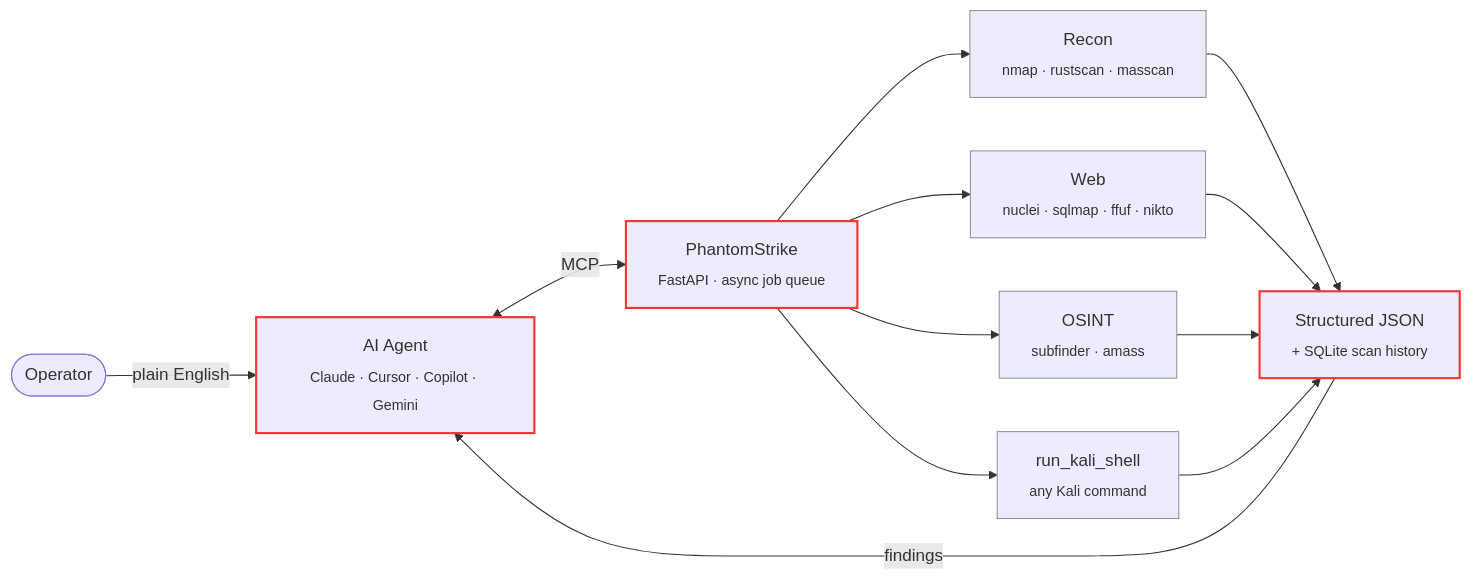
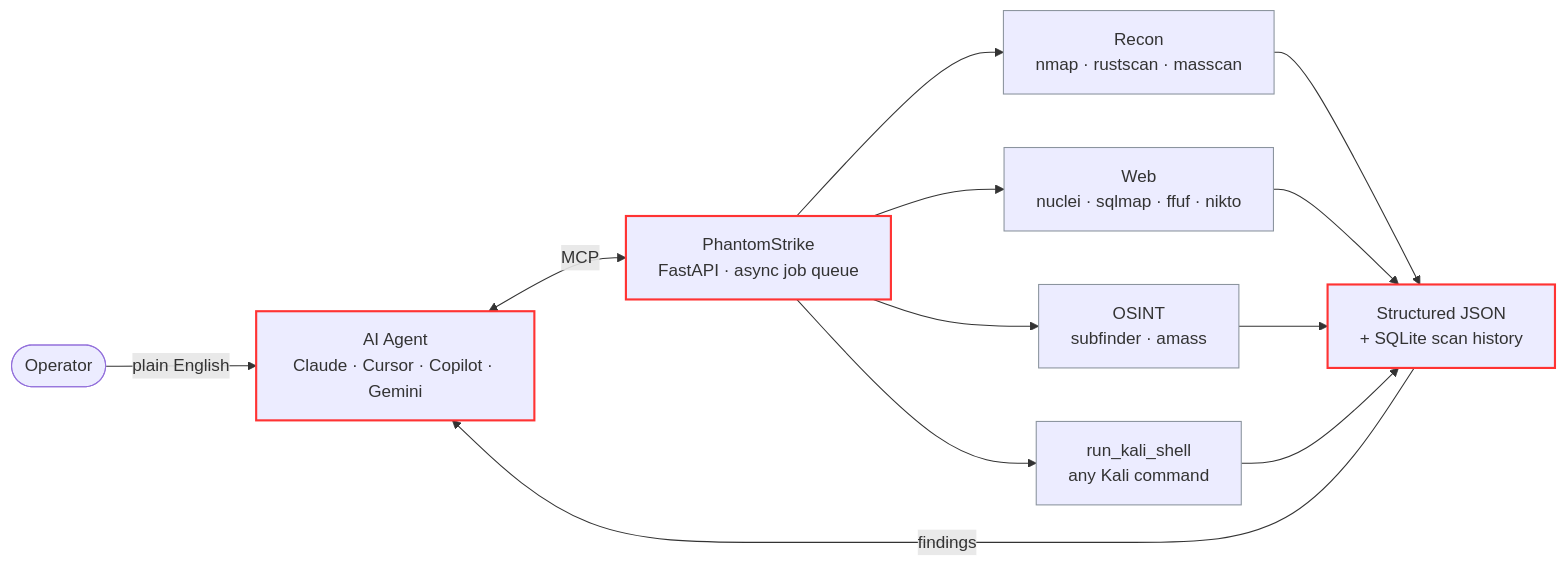
One commit to Red-Snow/Red-Snow changed the diagram in README.md. Above: the diagram before and after it, drawn with Mermaid. The commit also changed 2 other files, not shown here.

Commit message:
Tune hero contrast and harden the Mermaid diagram
Rendered both hero variants in headless Chromium and adjusted from the
result: the crimson glow was washing out the left half of the dark banner
and the radar sweep read as a solid wedge.

- Glow opacity 0.30 -> 0.17, radius tightened; sweep 0.50 -> 0.30
- Lift radar ring opacities slightly to rebalance against the darker field
- Drop <sub> tags from Mermaid node labels (not reliably supported in
  GitHub's Mermaid renderer) — plain <br/> line breaks instead

Claude-Session: https://claude.ai/code/session_01XqYi76rHob2BYgfqSN4Dzq

````diff
--- a/README.md
+++ b/README.md
@@ -104,19 +104,19 @@
 ```mermaid
 flowchart LR
-    U(["Operator"]) -->|plain English| A["AI Agent<br/><sub>Claude · Cursor · Copilot · Gemini</sub>"]
-    A <-->|MCP| P["PhantomStrike<br/><sub>FastAPI · async job queue</sub>"]
-    P --> R["Recon<br/><sub>nmap · rustscan · masscan</sub>"]
-    P --> W["Web<br/><sub>nuclei · sqlmap · ffuf · nikto</sub>"]
-    P --> O["OSINT<br/><sub>subfinder · amass</sub>"]
-    P --> S["run_kali_shell<br/><sub>any Kali command</sub>"]
-    R --> J["Structured JSON<br/><sub>+ SQLite scan history</sub>"]
+    U(["Operator"]) -->|plain English| A["AI Agent<br/>Claude · Cursor · Copilot · Gemini"]
+    A <-->|MCP| P["PhantomStrike<br/>FastAPI · async job queue"]
+    P --> R["Recon<br/>nmap · rustscan · masscan"]
+    P --> W["Web<br/>nuclei · sqlmap · ffuf · nikto"]
+    P --> O["OSINT<br/>subfinder · amass"]
+    P --> S["run_kali_shell<br/>any Kali command"]
+    R --> J["Structured JSON<br/>+ SQLite scan history"]
     W --> J
     O --> J
     S --> J
     J -->|findings| A
 
     classDef core stroke:#FF3333,stroke-width:2px
     classDef tool stroke:#8B949E,stroke-width:1px
     class A,P,J core
     class R,W,O,S tool
 ```
````
